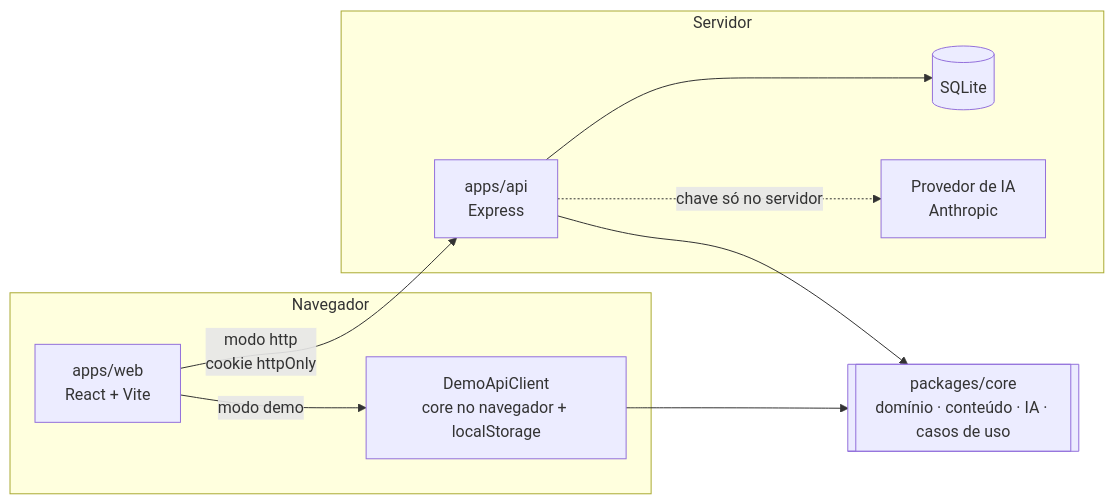
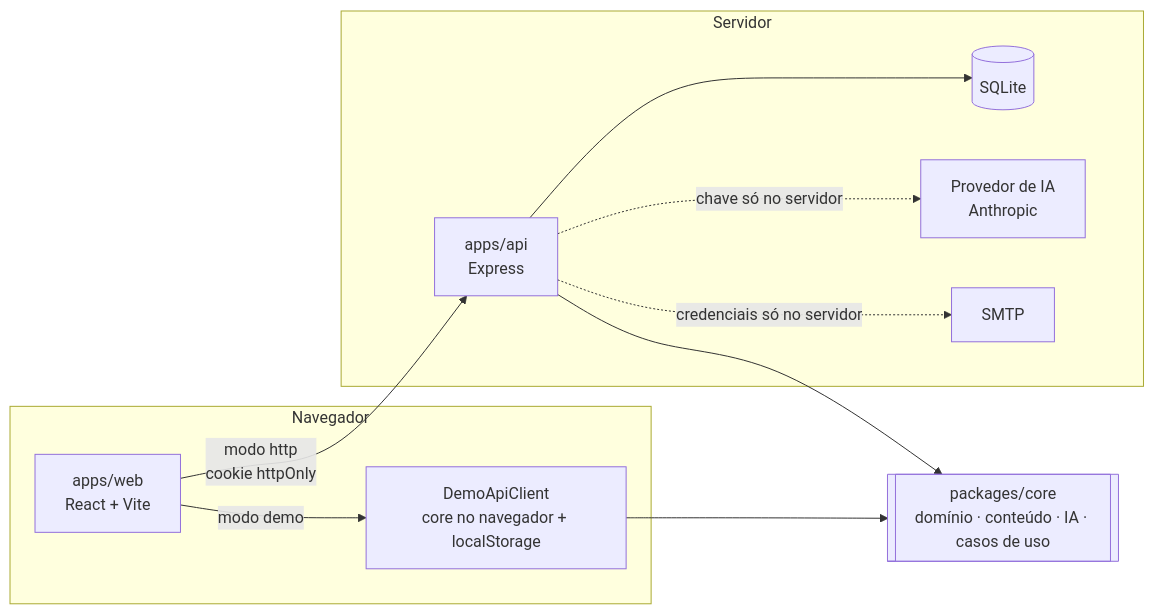
Before and after one commit to Helio965/language-tool: the diagram in README.md, drawn with Mermaid. The commit also changed other lines of this file and 9 other files, not shown here.

First line of the commit message:
docs: document landing, email and password reset architecture

````diff
--- a/README.md
+++ b/README.md
@@ -98,19 +103,21 @@
 ```mermaid
 flowchart LR
   subgraph Navegador
     WEB[apps/web<br/>React + Vite]
     DEMO[DemoApiClient<br/>core no navegador + localStorage]
   end
   subgraph Servidor
     API[apps/api<br/>Express]
     DB[(SQLite)]
     PROV[Provedor de IA<br/>Anthropic]
+    MAIL[SMTP]
   end
   CORE[[packages/core<br/>domínio · conteúdo · IA · casos de uso]]
   WEB -- modo demo --> DEMO
   WEB -- modo http<br/>cookie httpOnly --> API
   DEMO --> CORE
   API --> CORE
   API --> DB
   API -. chave só no servidor .-> PROV
+  API -. credenciais só no servidor .-> MAIL
 ```
````
